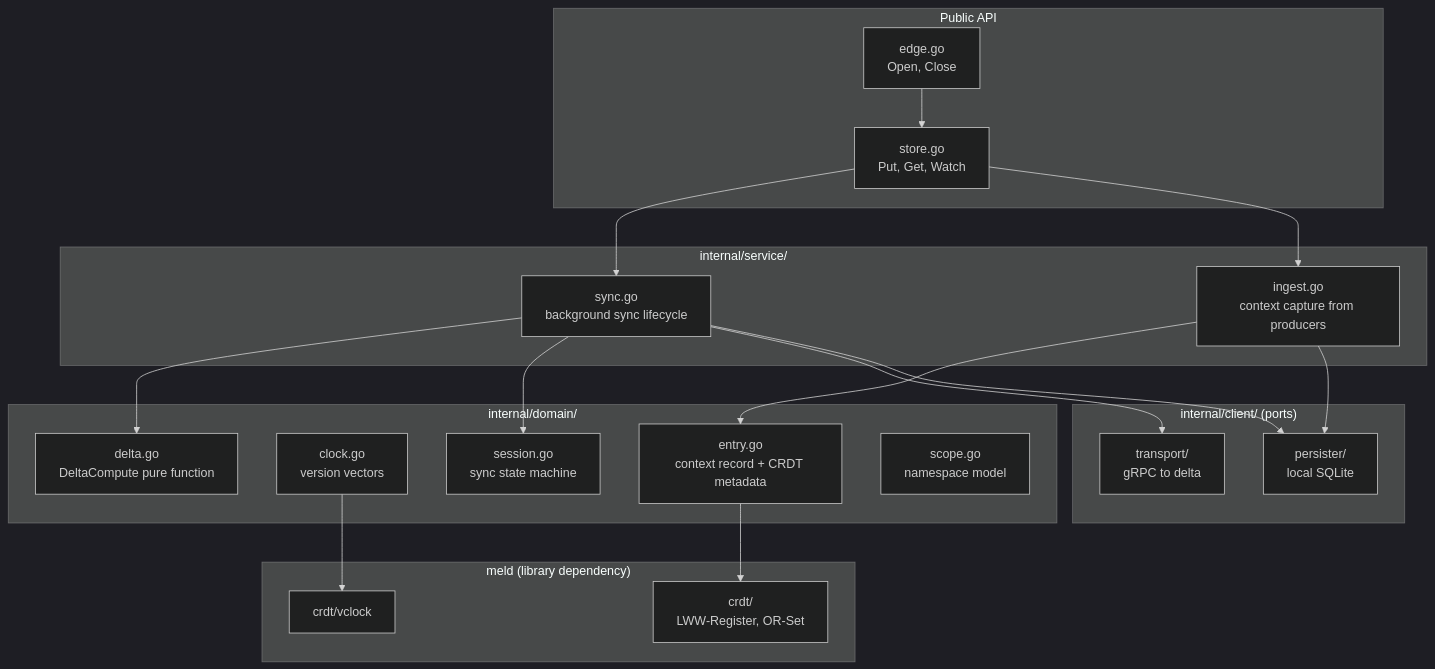
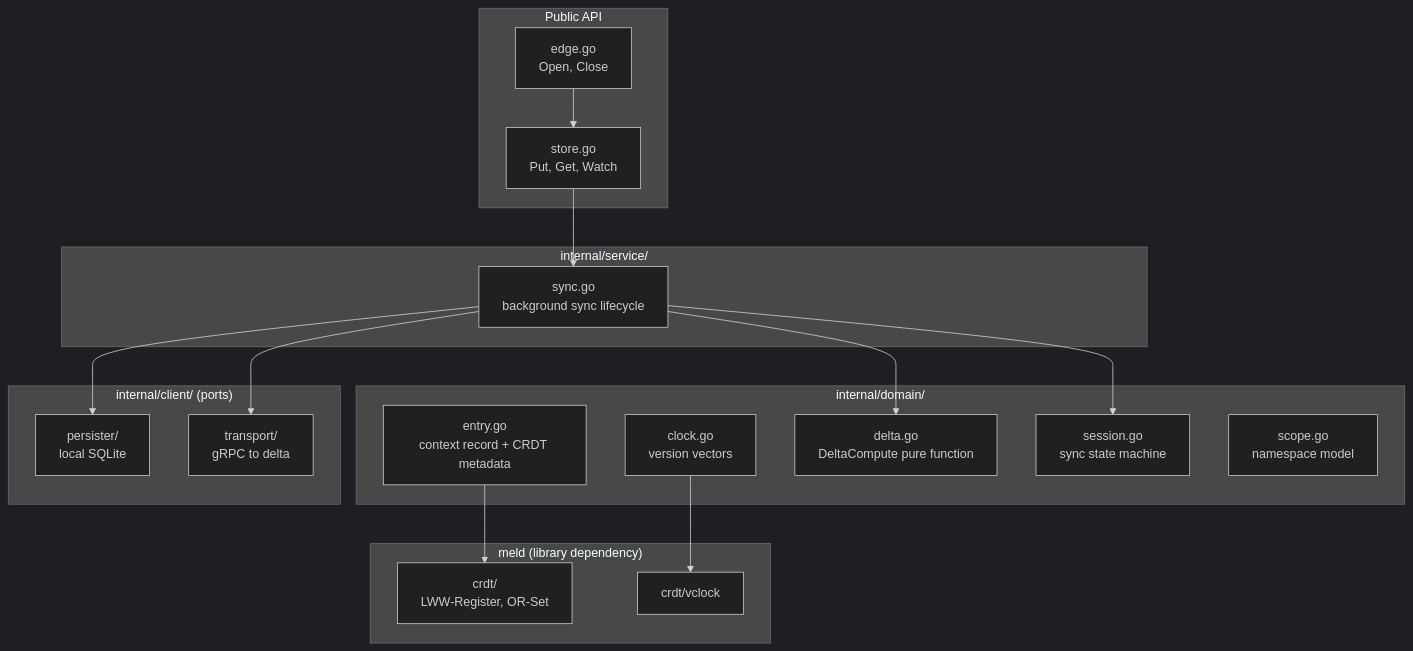
One commit to w-h-a/edge changed the second of 3 diagrams in README.md. Above: the diagram before and after it, drawn with Mermaid (dark theme). The commit also changed other lines of this file and 4 other files, not shown here.

````diff
--- a/README.md
+++ b/README.md
@@ -51,42 +45,38 @@
 ```mermaid
 graph TD
     subgraph "Public API"
         EDGE[edge.go<br/>Open, Close]
         STORE[store.go<br/>Put, Get, Watch]
     end
 
     subgraph "internal/domain/"
         ENT[entry.go<br/>context record + CRDT metadata]
         CLK[clock.go<br/>version vectors]
         DLT[delta.go<br/>DeltaCompute pure function]
         SES[session.go<br/>sync state machine]
         SCP[scope.go<br/>namespace model]
     end
 
     subgraph "internal/service/"
         SYN[sync.go<br/>background sync lifecycle]
-        ING[ingest.go<br/>context capture from producers]
     end
 
     subgraph "internal/client/ (ports)"
         PER[persister/<br/>local SQLite]
         TRA[transport/<br/>gRPC to delta]
     end
 
     subgraph "meld (library dependency)"
         CRDT[crdt/<br/>LWW-Register, OR-Set]
         VC[crdt/vclock]
     end
 
     EDGE --> STORE
     STORE --> SYN
-    STORE --> ING
     SYN --> DLT
     SYN --> SES
     SYN --> TRA
     SYN --> PER
-    ING --> ENT
-    ING --> PER
     ENT --> CRDT
     CLK --> VC
 ```
````
